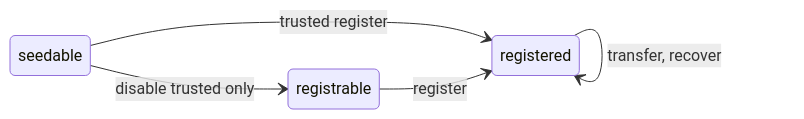
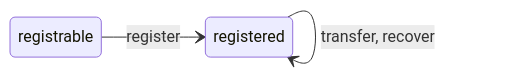
Before and after one commit to farcasterxyz/contracts: the second of 3 diagrams in docs/docs.md, drawn with Mermaid. The commit also changed other lines of this file and 14 other files, not shown here.

````diff
--- a/docs/docs.md
+++ b/docs/docs.md
@@ -122,8 +121,6 @@
 ```mermaid
     stateDiagram-v2
         direction LR
-        seedable --> registrable: disable trusted only
-        seedable --> registered: trusted register
         registrable --> registered: register
         registered --> registered: transfer, recover
 ```
````
